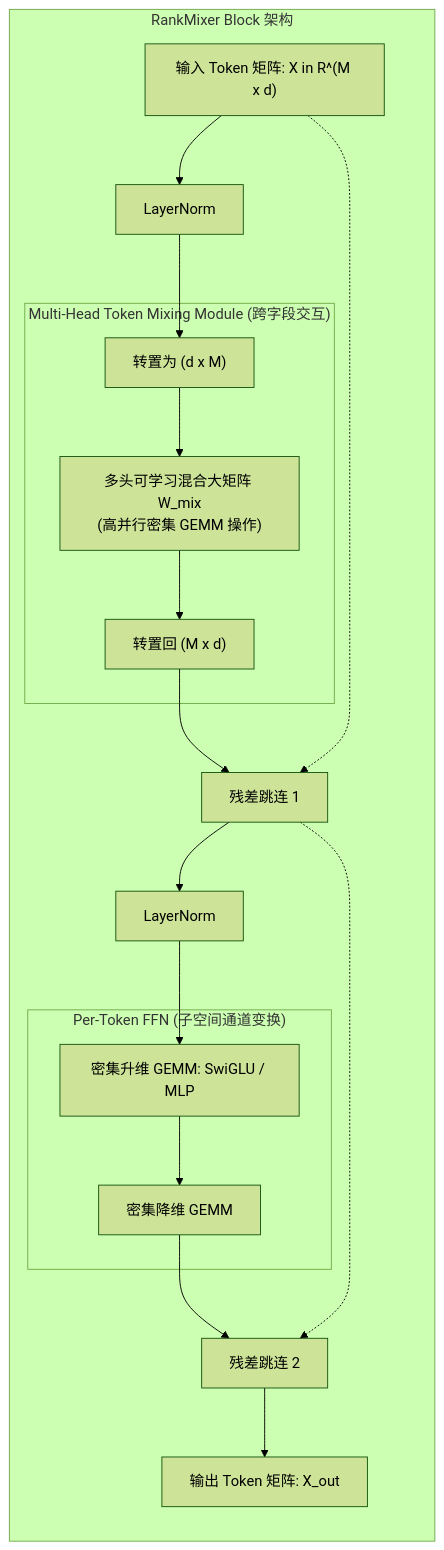
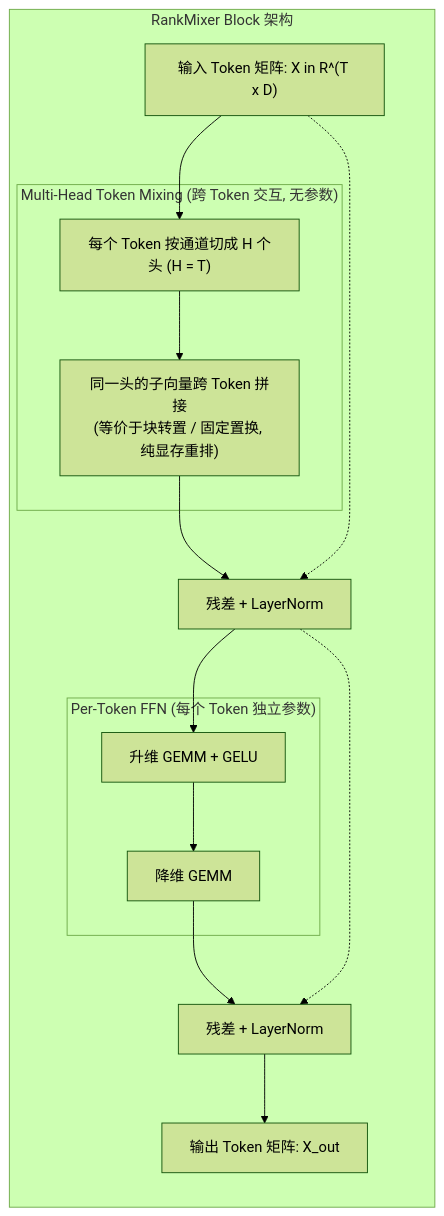
Before and after one commit to AnthonyChouGit/recsys: diagram 12 of 20 in deep_ranking_models_evolution.md, drawn with Mermaid (forest theme). The commit also changed other lines of this file, not shown here.

````diff
--- a/deep_ranking_models_evolution.md
+++ b/deep_ranking_models_evolution.md
@@ -997,34 +1084,31 @@
 ```mermaid
 flowchart LR
     subgraph RankMixerBlock["RankMixer Block 架构"]
-        InputTokens["输入 Token 矩阵: X in R^(M x d)"]
-        Norm1["LayerNorm"]
-        
-        subgraph TokenMixing["Multi-Head Token Mixing Module (跨字段交互)"]
-            Transpose1["转置为 (d x M)"]
-            MixingWeights["多头可学习混合大矩阵 W_mix<br/>(高并行密集 GEMM 操作)"]
-            Transpose2["转置回 (M x d)"]
-            Transpose1 --> MixingWeights --> Transpose2
+        InputTokens["输入 Token 矩阵: X in R^(T x D)"]
+
+        subgraph TokenMixing["Multi-Head Token Mixing (跨 Token 交互, 无参数)"]
+            SplitHead["每个 Token 按通道切成 H 个头 (H = T)"]
+            Regroup["同一头的子向量跨 Token 拼接<br/>(等价于块转置 / 固定置换, 纯显存重排)"]
+            SplitHead --> Regroup
         end
-        
-        Add1["残差跳连 1"]
-        Norm2["LayerNorm"]
-        
-        subgraph TokenFFN["Per-Token FFN (子空间通道变换)"]
-            DenseUp["密集升维 GEMM: SwiGLU / MLP"]
-            DenseDown["密集降维 GEMM"]
+
+        Add1["残差 + LayerNorm"]
+
+        subgraph TokenFFN["Per-Token FFN (每个 Token 独立参数)"]
+            DenseUp["升维 GEMM + GELU"]
+            DenseDown["降维 GEMM"]
             DenseUp --> DenseDown
         end
-        
-        Add2["残差跳连 2"]
+
+        Add2["残差 + LayerNorm"]
         OutputTokens["输出 Token 矩阵: X_out"]
 
-        InputTokens --> Norm1 --> Transpose1
-        Transpose2 --> Add1
+        InputTokens --> SplitHead
+        Regroup --> Add1
         InputTokens -.-> Add1
-        Add1 --> Norm2 --> DenseUp
+        Add1 --> DenseUp
         DenseDown --> Add2
         Add1 -.-> Add2
         Add2 --> OutputTokens
     end
 ```
````
